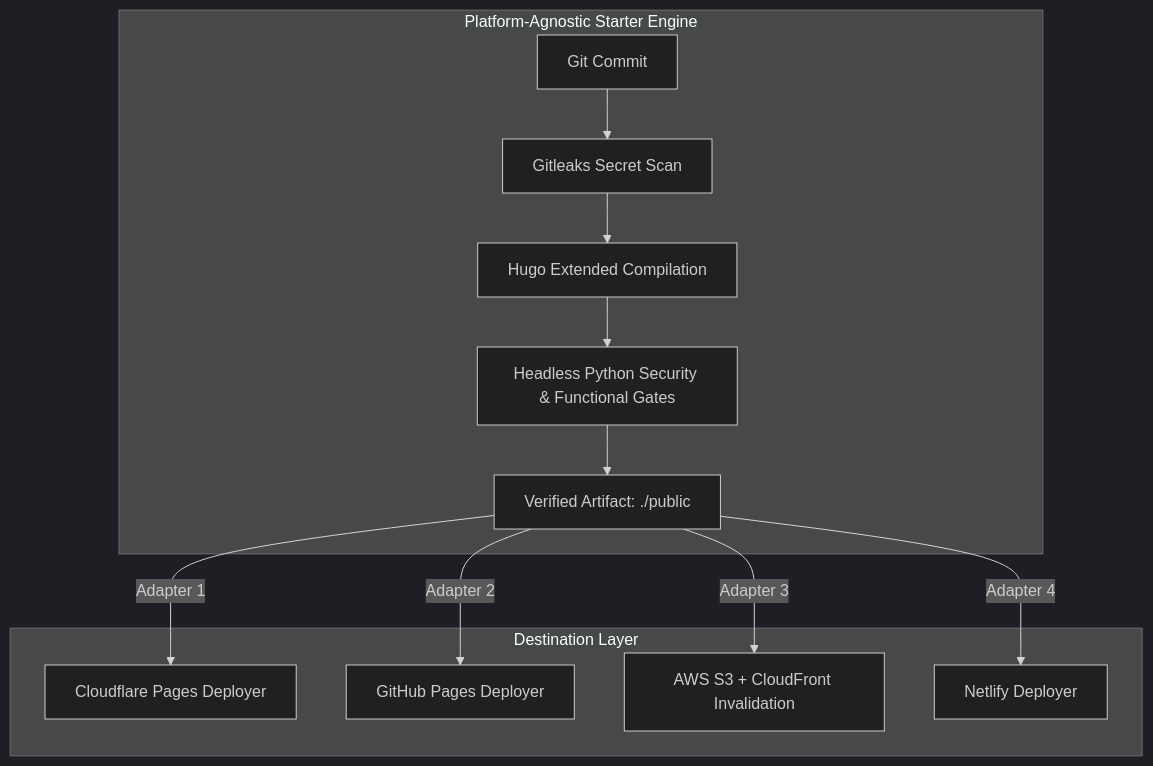
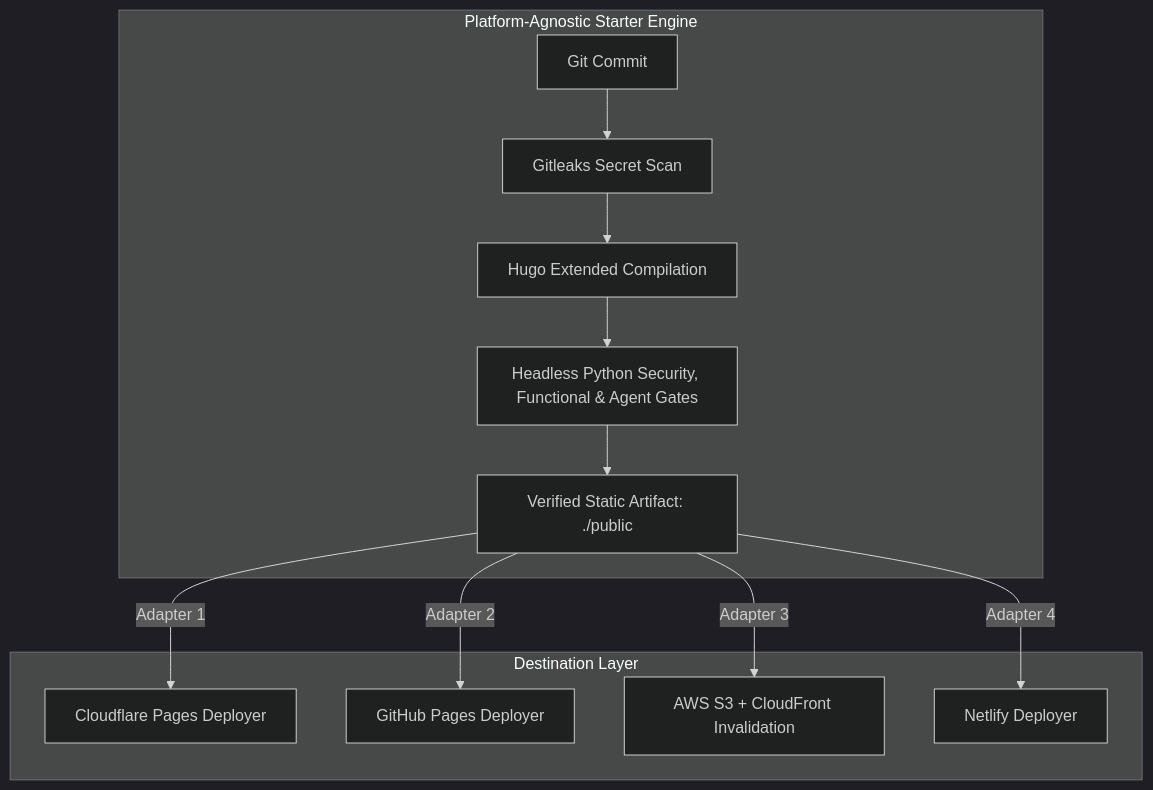
Before and after one commit to SixFiveMil/hugo-devsecops-starter: the diagram in README.md, drawn with Mermaid (dark theme). The commit also changed other lines of this file and 15 other files, not shown here.

````diff
--- a/README.md
+++ b/README.md
@@ -29,16 +31,16 @@
 ```mermaid
 graph TD
     subgraph Core Gatekeeper [Platform-Agnostic Starter Engine]
         A[Git Commit] --> B[Gitleaks Secret Scan]
         B --> C[Hugo Extended Compilation]
-        C --> D[Headless Python Security & Functional Gates]
-        D --> E[Verified Artifact: ./public]
+        C --> D[Headless Python Security, Functional & Agent Gates]
+        D --> E[Verified Static Artifact: ./public]
     end
 
     subgraph Pluggable Deployment Adapters [Destination Layer]
         E -->|Adapter 1| F[Cloudflare Pages Deployer]
         E -->|Adapter 2| G[GitHub Pages Deployer]
         E -->|Adapter 3| H[AWS S3 + CloudFront Invalidation]
         E -->|Adapter 4| I[Netlify Deployer]
     end
 ```
````
